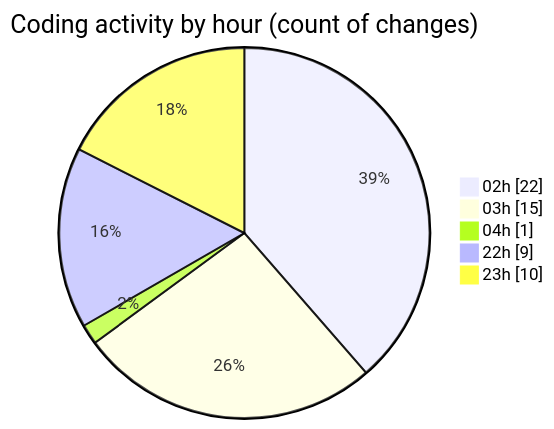
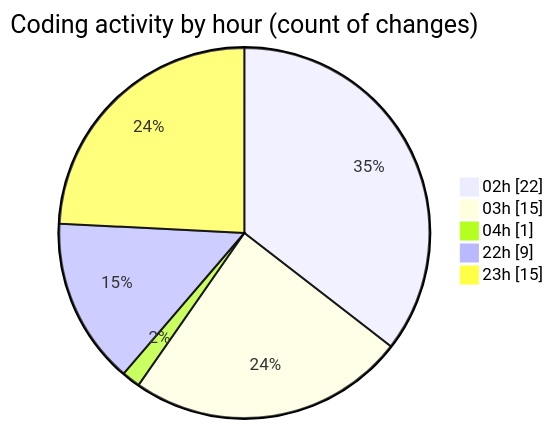
Before and after one commit to EIIisD/code-tracking: the second of 2 diagrams in 2025-07-11/ribbon/README.md, drawn with Mermaid. The commit also changed other lines of this file and 1 other file, not shown here.

````diff
--- a/2025-07-11/ribbon/README.md
+++ b/2025-07-11/ribbon/README.md
@@ -47,9 +49,9 @@
 ```mermaid
 pie showData
 title Coding activity by hour (count of changes)
 "02h" : 22
 "03h" : 15
 "04h" : 1
 "22h" : 9
-"23h" : 10
+"23h" : 15
 ```
````
